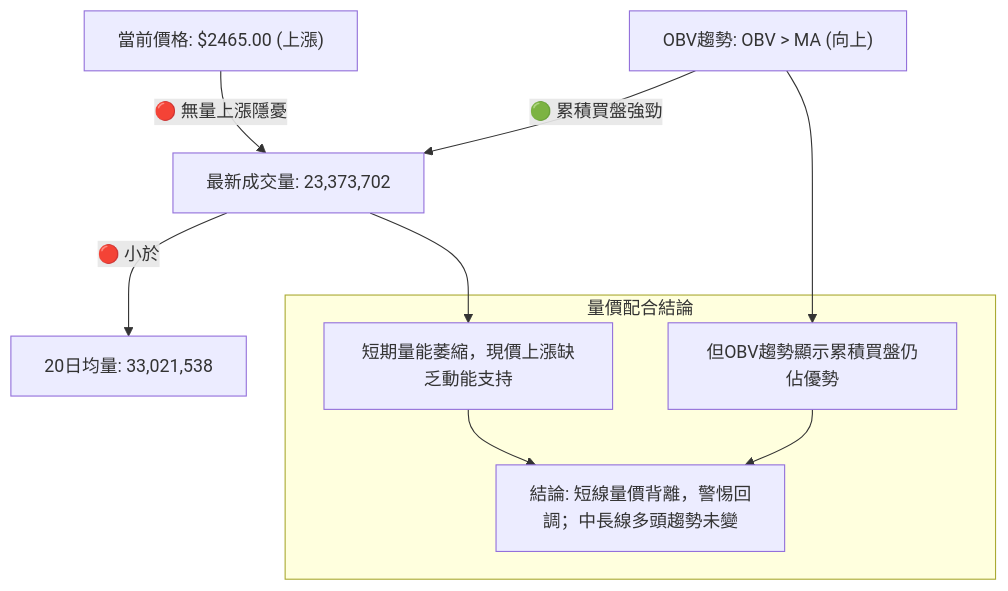
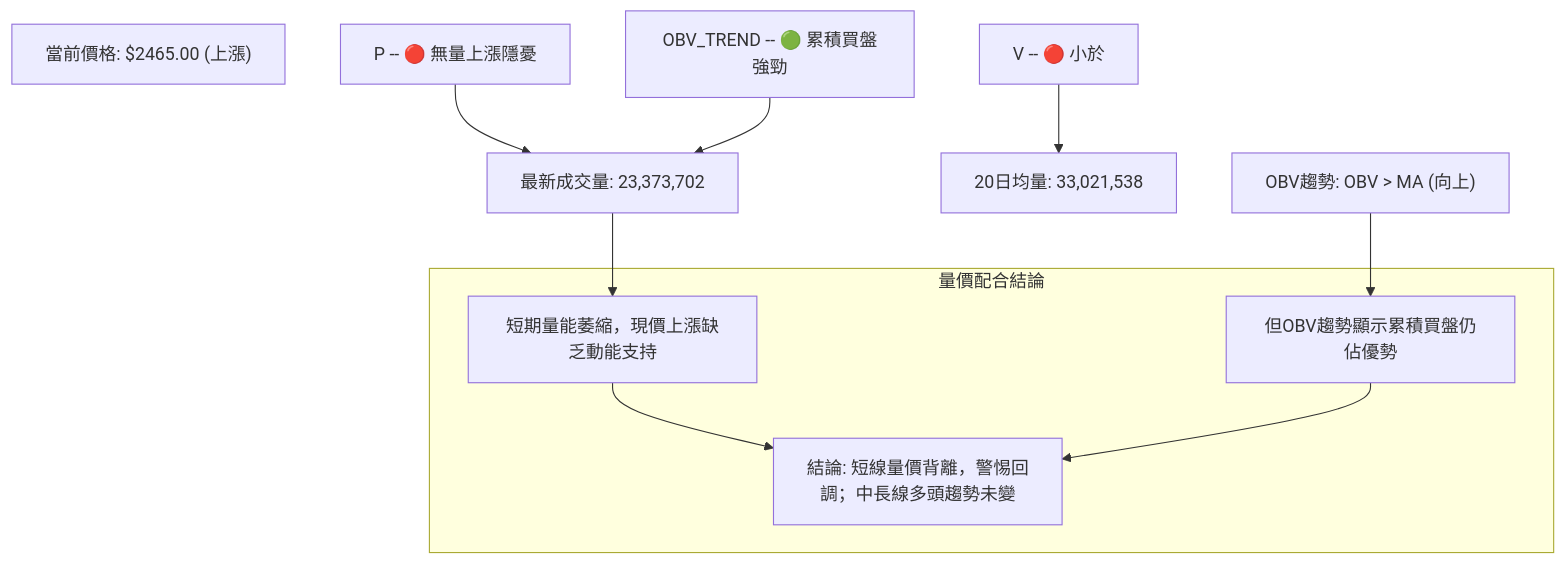
One commit to yennanliu/finance_data changed the eighth of 12 diagrams in ai_gen_report/stock/2330.tw/technical_analysis_2026-07-08_gemini.md. Above: the diagram before and after it, drawn with Mermaid. The commit also changed other lines of this file and 2258 other files, not shown here.

First line of the commit message:
chore: backfill Mermaid syntax repair across existing reports

````diff
--- a/ai_gen_report/stock/2330.tw/technical_analysis_2026-07-08_gemini.md
+++ b/ai_gen_report/stock/2330.tw/technical_analysis_2026-07-08_gemini.md
@@ -574,22 +574,22 @@
 ```mermaid
 graph TD
     P["當前價格: $2465.00 (上漲)"]
     V["最新成交量: 23,373,702"]
     AVG_V["20日均量: 33,021,538"]
     OBV_TREND["OBV趨勢: OBV > MA (向上)"]
 
-    V -- 🔴 小於 --> AVG_V
-    P -- 🔴 無量上漲隱憂 --> V
-    OBV_TREND -- 🟢 累積買盤強勁 --> V
+    nb1["V -- 🔴 小於"] --> AVG_V
+    nb2["P -- 🔴 無量上漲隱憂"] --> V
+    nb3["OBV_TREND -- 🟢 累積買盤強勁"] --> V
 
     subgraph 量價配合結論
         C1["短期量能萎縮，現價上漲缺乏動能支持"]
         C2["但OBV趨勢顯示累積買盤仍佔優勢"]
         C3["結論: 短線量價背離，警惕回調；中長線多頭趨勢未變"]
     end
 
     V --> C1
     OBV_TREND --> C2
     C1 --> C3
     C2 --> C3
 ```
````
